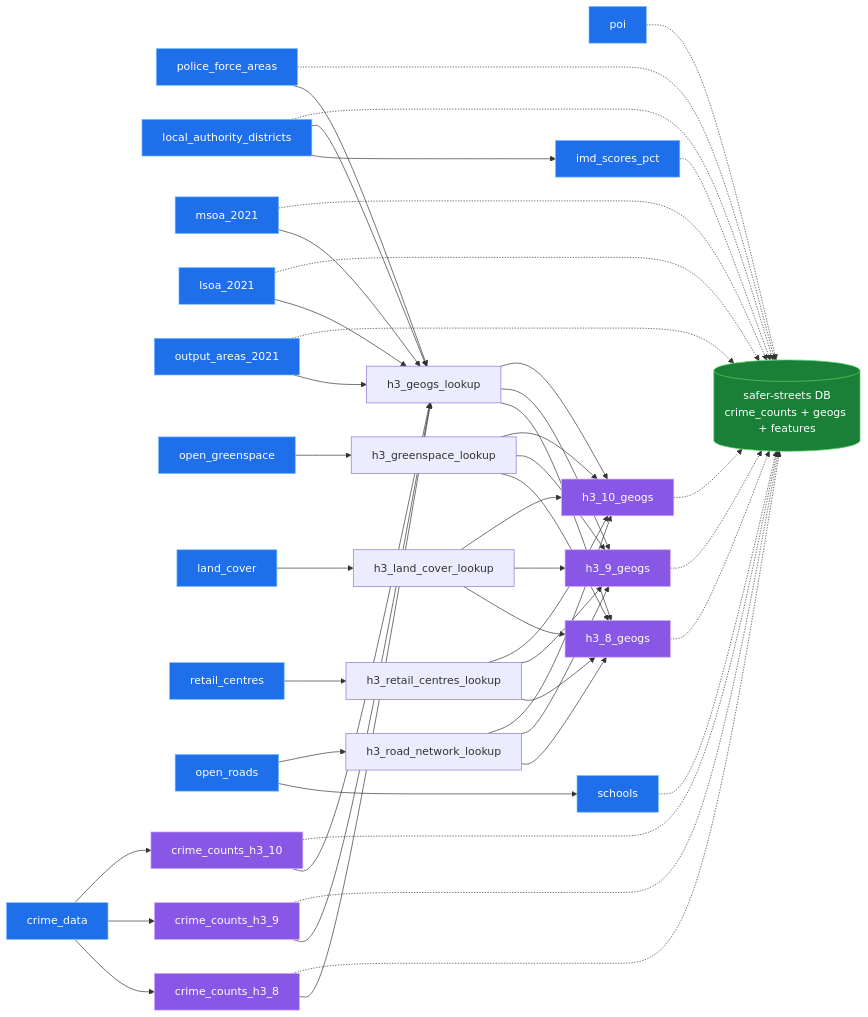
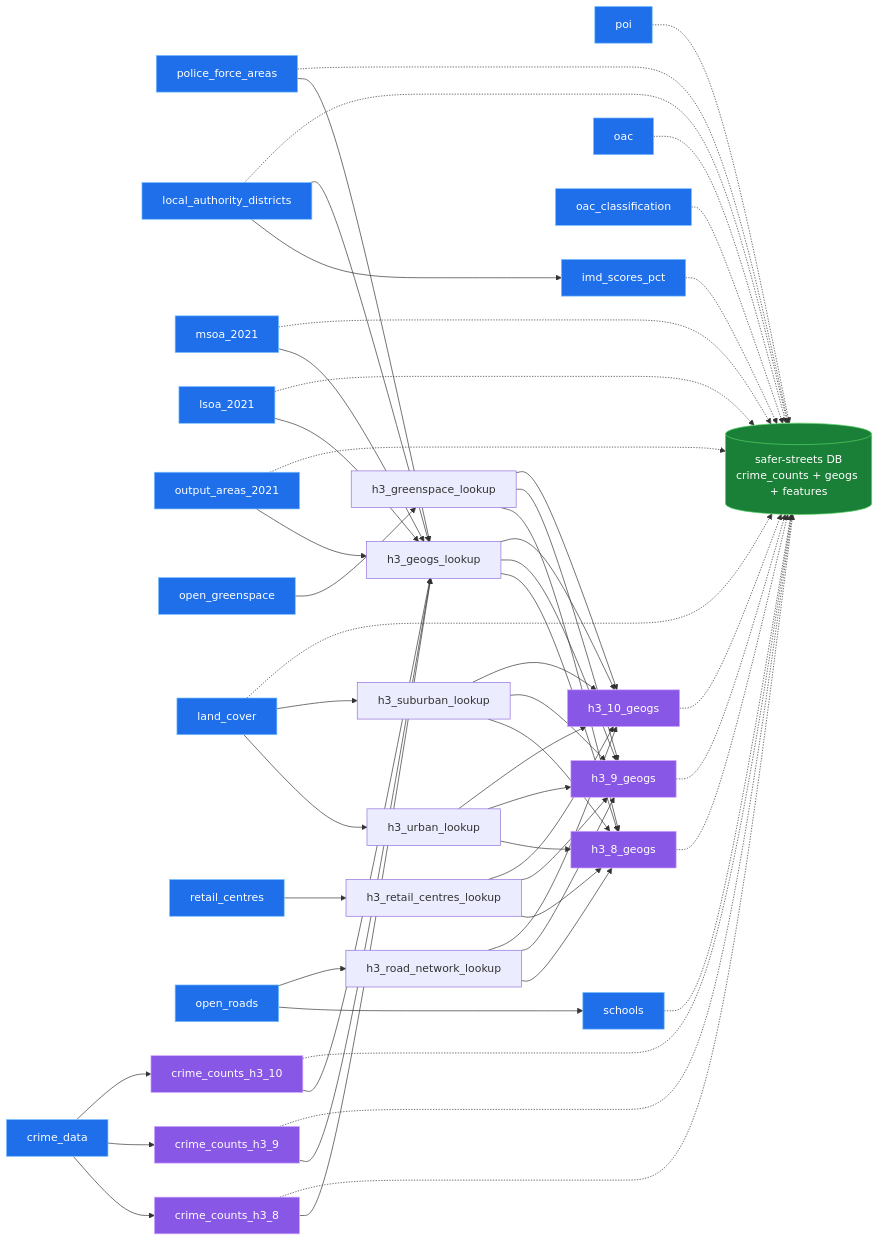
The diagram in README.md (safer-streets/safer-streets-tooling), drawn with Mermaid before and after one commit. The commit also changed other lines of this file and 8 other files, not shown here.

First line of the commit message:
add OAC, land-cover overlap split, and sync refactor to the pipeline

````diff
--- a/README.md
+++ b/README.md
@@ -58,13 +58,16 @@
    poi
    schools
    imd_scores_pct
+   oac
+   oac_classification
 
    crime_counts_h3_8
    crime_counts_h3_9
    crime_counts_h3_10
    h3_geogs_lookup
    h3_greenspace_lookup
-   h3_land_cover_lookup
+   h3_urban_lookup
+   h3_suburban_lookup
    h3_road_network_lookup
    h3_retail_centres_lookup
    h3_8_geogs
@@ -91,22 +94,26 @@
     lsoa_2021 --> h3_geogs_lookup
     output_areas_2021 --> h3_geogs_lookup
     open_greenspace --> h3_greenspace_lookup
-    land_cover --> h3_land_cover_lookup
+    land_cover --> h3_urban_lookup
+    land_cover --> h3_suburban_lookup
     open_roads --> h3_road_network_lookup
     retail_centres --> h3_retail_centres_lookup
     h3_geogs_lookup --> h3_8_geogs
     h3_greenspace_lookup --> h3_8_geogs
-    h3_land_cover_lookup --> h3_8_geogs
+    h3_urban_lookup --> h3_8_geogs
+    h3_suburban_lookup --> h3_8_geogs
     h3_road_network_lookup --> h3_8_geogs
     h3_retail_centres_lookup --> h3_8_geogs
     h3_geogs_lookup --> h3_9_geogs
     h3_greenspace_lookup --> h3_9_geogs
-    h3_land_cover_lookup --> h3_9_geogs
+    h3_urban_lookup --> h3_9_geogs
+    h3_suburban_lookup --> h3_9_geogs
     h3_road_network_lookup --> h3_9_geogs
     h3_retail_centres_lookup --> h3_9_geogs
     h3_geogs_lookup --> h3_10_geogs
     h3_greenspace_lookup --> h3_10_geogs
-    h3_land_cover_lookup --> h3_10_geogs
+    h3_urban_lookup --> h3_10_geogs
+    h3_suburban_lookup --> h3_10_geogs
     h3_road_network_lookup --> h3_10_geogs
     h3_retail_centres_lookup --> h3_10_geogs
 
@@ -125,12 +132,15 @@
     schools -.-> database
     poi -.-> database
     imd_scores_pct -.-> database
+    land_cover -.-> database
+    oac -.-> database
+    oac_classification -.-> database
 
     %% colour by phase, tuned for dark backgrounds (white text on saturated fills, light strokes)
     classDef extract fill:#1f6feb,stroke:#79c0ff,stroke-width:1px,color:#ffffff;
     classDef transform fill:#8957e5,stroke:#d2a8ff,stroke-width:1px,color:#ffffff;
     classDef load fill:#1a7f37,stroke:#56d364,stroke-width:1px,color:#ffffff;
-    class crime_data,police_force_areas,local_authority_districts,msoa_2021,lsoa_2021,output_areas_2021,open_greenspace,land_cover,retail_centres,open_roads,poi,schools,imd_scores_pct extract;
+    class crime_data,police_force_areas,local_authority_districts,msoa_2021,lsoa_2021,output_areas_2021,open_greenspace,land_cover,retail_centres,open_roads,poi,schools,imd_scores_pct,oac,oac_classification extract;
     class crime_counts_h3_8,crime_counts_h3_9,crime_counts_h3_10,h3_8_geogs,h3_9_geogs,h3_10_geogs transform;
     class database load;
 ```
````
